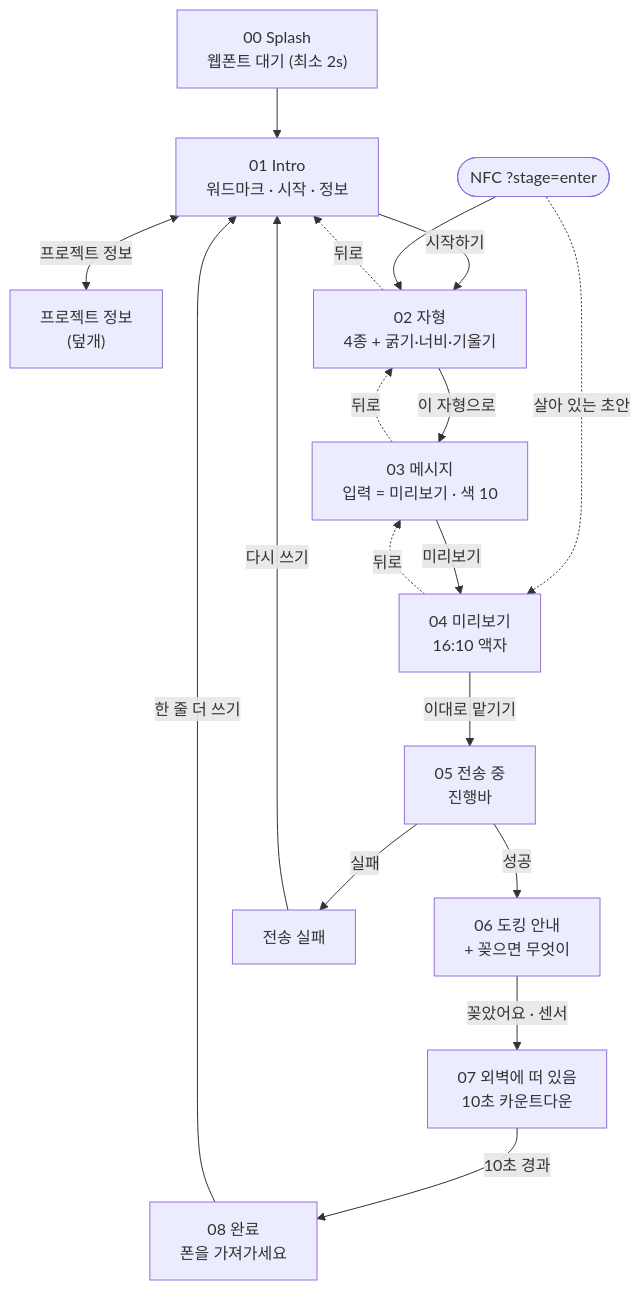
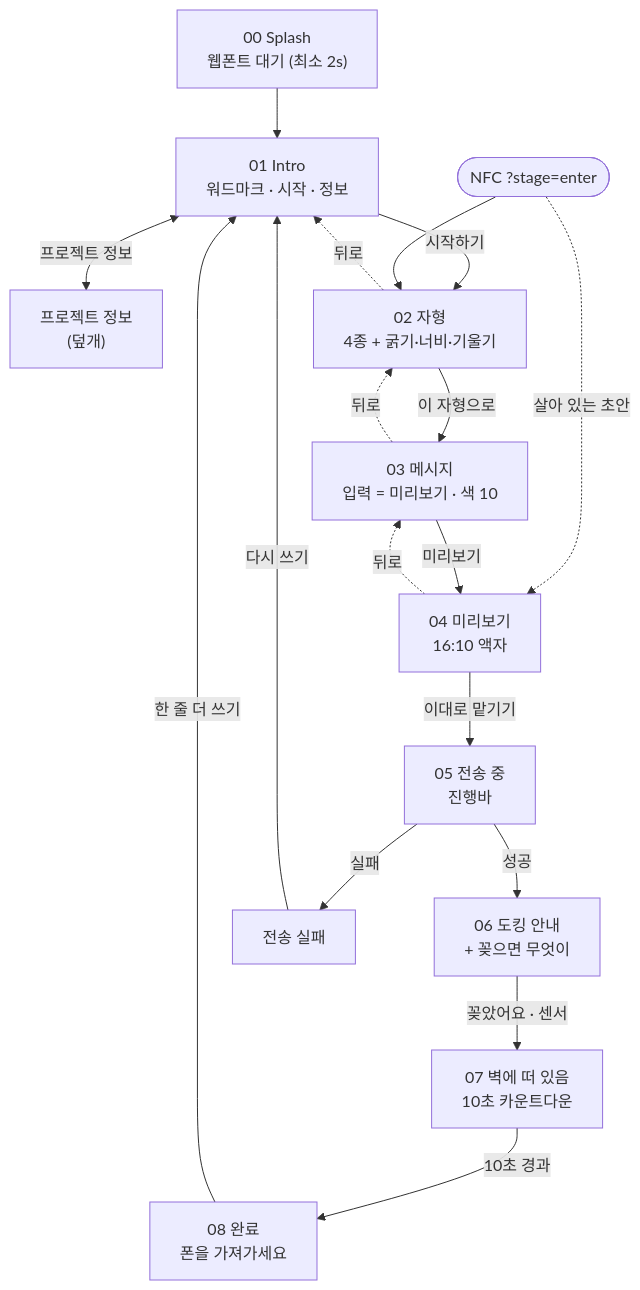
One commit to moomiryu/dock-webapp changed the diagram in design/ia-structure.md. Above: the diagram before and after it, drawn with Mermaid. The commit also changed other lines of this file and 33 other files, not shown here.

````diff
--- a/design/ia-structure.md
+++ b/design/ia-structure.md
@@ -52,34 +52,34 @@
 ```mermaid
 flowchart TD
     SPLASH["00 Splash<br/>웹폰트 대기 (최소 2s)"]
     HOME["01 Intro<br/>워드마크 · 시작 · 정보"]
     INFO["프로젝트 정보<br/>(덮개)"]
     GLYPH["02 자형<br/>4종 + 굵기·너비·기울기"]
     COMPOSE["03 메시지<br/>입력 = 미리보기 · 색 10"]
     PREVIEW["04 미리보기<br/>16:10 액자"]
     SENDING["05 전송 중<br/>진행바"]
     DOCK["06 도킹 안내<br/>+ 꽂으면 무엇이"]
-    ONWALL["07 외벽에 떠 있음<br/>10초 카운트다운"]
+    ONWALL["07 벽에 떠 있음<br/>10초 카운트다운"]
     DONE["08 완료<br/>폰을 가져가세요"]
     ERR["전송 실패"]
 
     SPLASH --> HOME
     HOME -->|시작하기| GLYPH
     HOME <-->|프로젝트 정보| INFO
     NFC(["NFC ?stage=enter"]) --> GLYPH
     NFC -.->|살아 있는 초안| PREVIEW
 
     GLYPH -->|이 자형으로| COMPOSE
     GLYPH -.->|뒤로| HOME
     COMPOSE -->|미리보기| PREVIEW
     COMPOSE -.->|뒤로| GLYPH
     PREVIEW -->|이대로 맡기기| SENDING
     PREVIEW -.->|뒤로| COMPOSE
 
     SENDING -->|성공| DOCK
     SENDING -->|실패| ERR
     ERR -->|다시 쓰기| HOME
     DOCK -->|꽂았어요 · 센서| ONWALL
     ONWALL -->|10초 경과| DONE
     DONE -->|한 줄 더 쓰기| HOME
 ```
````
